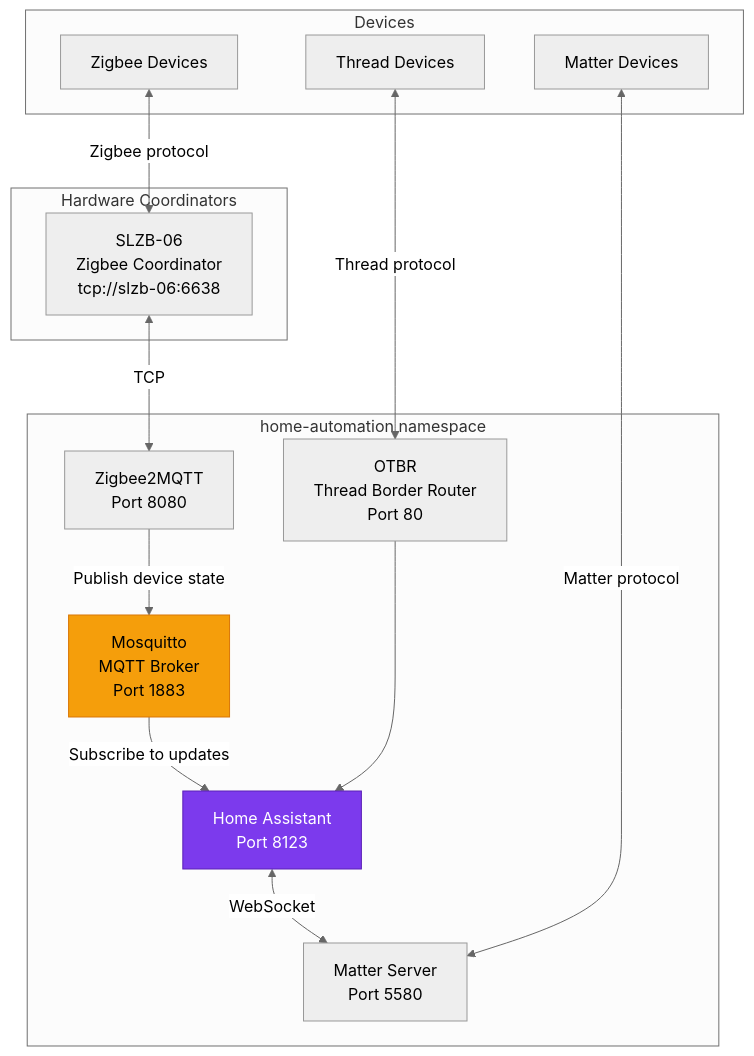
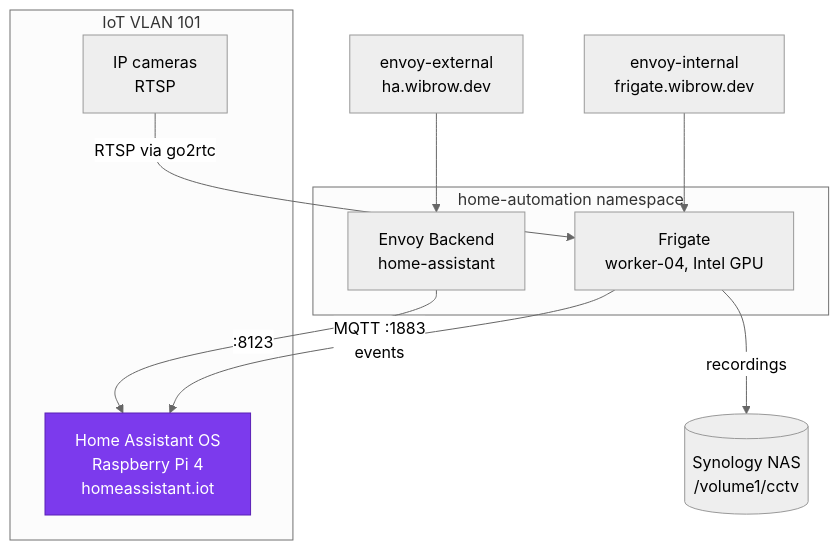
Before and after one commit to swibrow/home-ops: the diagram in docs/applications/home-automation/index.md, drawn with Mermaid (neutral theme). The commit also changed other lines of this file and 105 other files, not shown here.

````diff
--- a/docs/applications/home-automation/index.md
+++ b/docs/applications/home-automation/index.md
@@ -11,34 +11,22 @@
 ```mermaid
 flowchart TD
-    subgraph Devices
-        ZD[Zigbee Devices]
-        MD[Matter Devices]
-        TD[Thread Devices]
-    end
-
-    subgraph Coordinators["Hardware Coordinators"]
-        SLZB[SLZB-06<br/>Zigbee Coordinator<br/>tcp://slzb-06:6638]
+    subgraph IoT["IoT VLAN 101"]
+        HAOS[Home Assistant OS<br/>Raspberry Pi 4<br/>homeassistant.iot]
+        CAM[IP cameras<br/>RTSP]
     end
 
     subgraph Cluster["home-automation namespace"]
-        Z2M[Zigbee2MQTT<br/>Port 8080]
-        MOS[Mosquitto<br/>MQTT Broker<br/>Port 1883]
-        HA[Home Assistant<br/>Port 8123]
-        MS[Matter Server<br/>Port 5580]
-        OTBR[OTBR<br/>Thread Border Router<br/>Port 80]
+        FR[Frigate<br/>worker-04, Intel GPU]
+        BE[Envoy Backend<br/>home-assistant]
     end
 
-    ZD <-->|Zigbee protocol| SLZB
-    SLZB <-->|TCP| Z2M
-    Z2M -->|Publish device state| MOS
-    MOS -->|Subscribe to updates| HA
-    HA <-->|WebSocket| MS
-    MD <-->|Matter protocol| MS
-    TD <-->|Thread protocol| OTBR
-    OTBR --> HA
+    GW[envoy-external<br/>ha.wibrow.dev] --> BE
+    GW2[envoy-internal<br/>frigate.wibrow.dev] --> FR
+    BE -->|:8123| HAOS
+    CAM -->|RTSP via go2rtc| FR
+    FR -->|MQTT :1883<br/>events| HAOS
+    FR -->|recordings| NAS[(Synology NAS<br/>/volume1/cctv)]
 
-    classDef broker fill:#f59e0b,stroke:#d97706,color:#000
     classDef hub fill:#7c3aed,stroke:#5b21b6,color:#fff
-    class MOS broker
-    class HA hub
+    class HAOS hub
 ```
````
